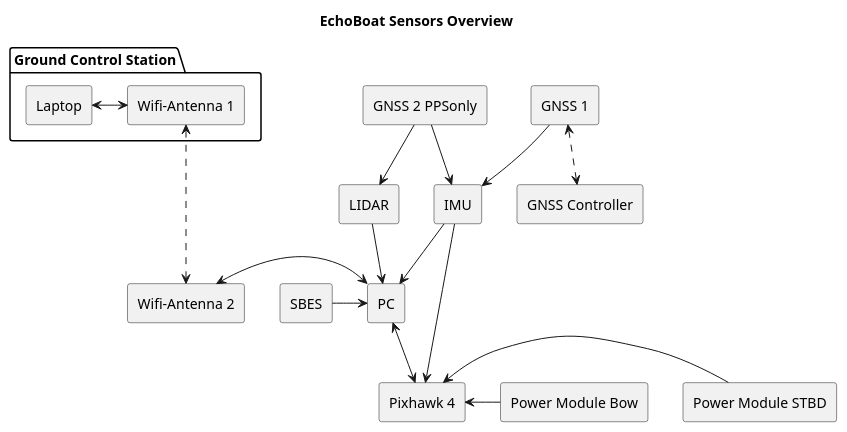
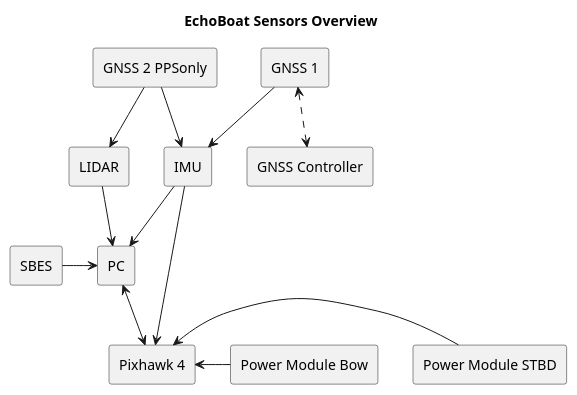
The diagram in schemes/overview/overview_sensors.plantuml (MalteBiermann/EchoBoat), drawn with PlantUML before and after one commit. The commit also changed 1 other file, not shown here.

```diff
--- a/schemes/overview/overview_sensors.plantuml
+++ b/schemes/overview/overview_sensors.plantuml
@@ -1,66 +1,50 @@
 @startuml
 title "EchoBoat Sensors Overview"
 skinparam componentStyle rectangle
 ' skinparam linetype ortho
 
 component "Pixhawk 4" as PH
 component "PC"
 component "SBES"
 
 together {
 together {
     component "GNSS 1" as GNSS1
     component "GNSS Controller" as GNSSC
 }
 component "GNSS 2 PPSonly" as GNSS2
 component "IMU"
 component "LIDAR"
 }
 
 together {
 component "Power Module STBD" as PMstbd
 component "Power Module Bow" as PMbow
 }
 
-' component "Electronic Speed Controller PS" as ESCps
-' component "Electronic Speed Controller STBD" as ESCstbd
-' component "RC Receiver" as RCtrans
-
-package "Ground Control Station"{
-    ' component "Remote Controller" as RC
-    component "Laptop"
-    component "Wifi-Antenna 1" as Wifi1
-}
-component "Wifi-Antenna 2" as Wifi2
-
-' RCtrans <-> PH
-
-Wifi1 <-left-> Laptop
-Wifi1 <...> Wifi2
-Wifi2 <-right-> PC
 
 PMbow -left-> PH 
 PMstbd -left-> PH
 
 PH <-up-> PC
 
 SBES -right-> PC
 
 
 LIDAR -down-> PC
 GNSS2 -down-> LIDAR
 GNSS2 -down-> IMU
 
 GNSS1 <.down.> GNSSC
 GNSS1 -down-> IMU
 IMU -> PH
 IMU -> PC
 
 ' PH -down-> ESCps
 ' PH -down-> ESCstbd
 
 ' [Battery PS] -up-> ESCps
 ' [PMstbd] -right-> ESCstbd
 
 ' hide @unlinked
 @enduml
```
